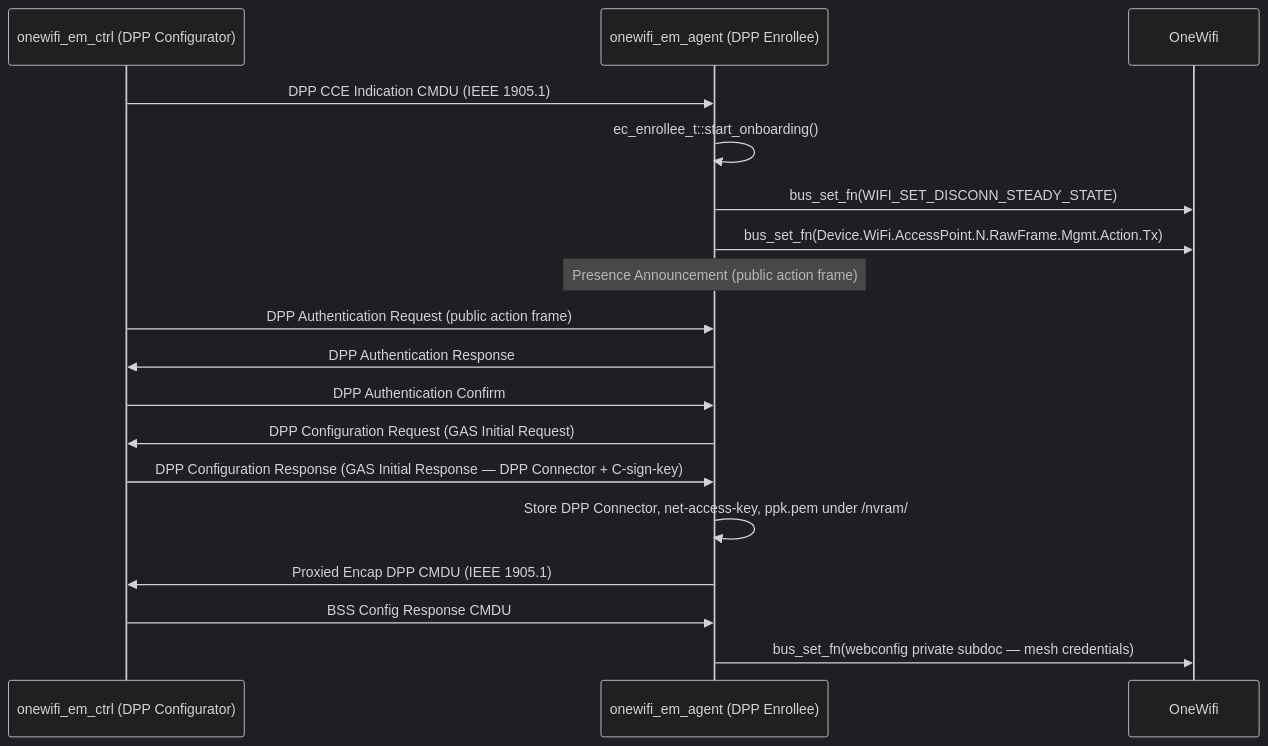
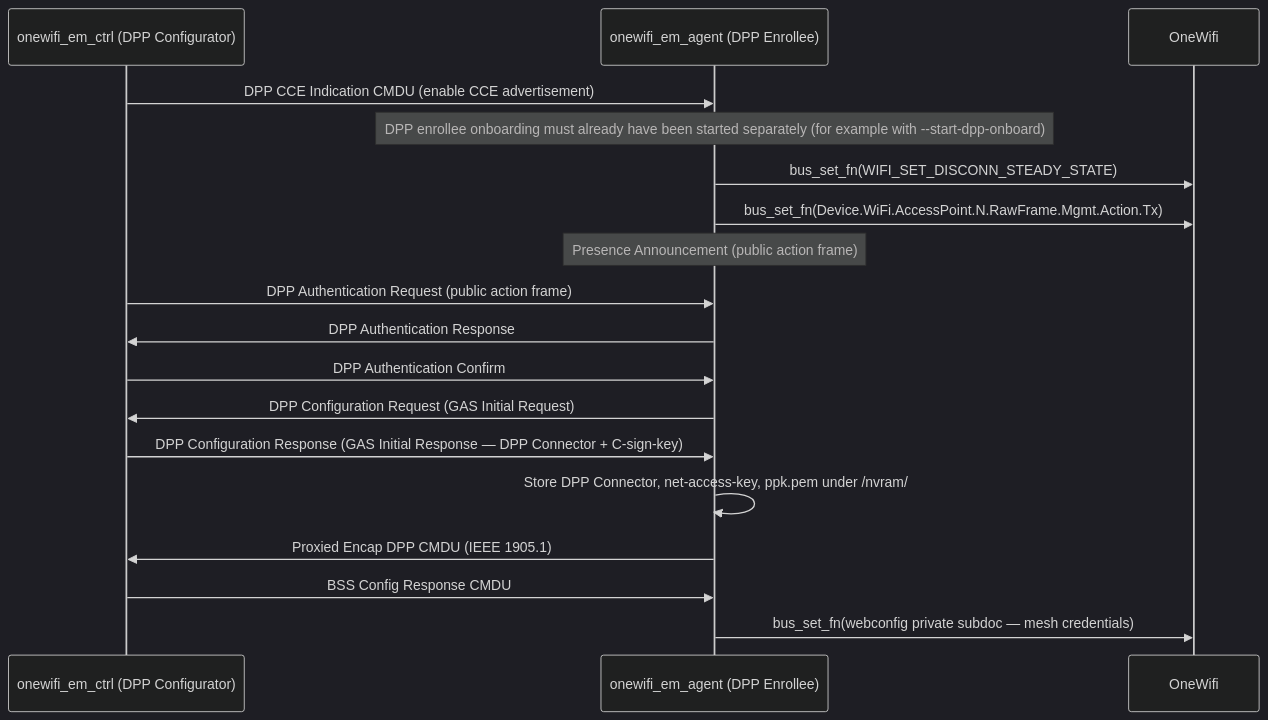
Diagram 15 of 17 in docs/README.md (rdkcentral/unified-wifi-mesh), drawn with Mermaid (dark theme) before and after one commit.

Commit message:
RDKDEV-3409: Addressed Review Comments

````diff
--- a/docs/README.md
+++ b/docs/README.md
@@ -599,21 +599,21 @@
 ```mermaid
 sequenceDiagram
     participant Ctrl as onewifi_em_ctrl (DPP Configurator)
     participant Agent as onewifi_em_agent (DPP Enrollee)
     participant OW as OneWifi
 
-    Ctrl->>Agent: DPP CCE Indication CMDU (IEEE 1905.1)
-    Agent->>Agent: ec_enrollee_t::start_onboarding()
+    Ctrl->>Agent: DPP CCE Indication CMDU (enable CCE advertisement)
+    Note over Agent: DPP enrollee onboarding must already have been started separately (for example with --start-dpp-onboard)
     Agent->>OW: bus_set_fn(WIFI_SET_DISCONN_STEADY_STATE)
     Agent->>OW: bus_set_fn(Device.WiFi.AccessPoint.N.RawFrame.Mgmt.Action.Tx)
     Note over Agent: Presence Announcement (public action frame)
     Ctrl->>Agent: DPP Authentication Request (public action frame)
     Agent->>Ctrl: DPP Authentication Response
     Ctrl->>Agent: DPP Authentication Confirm
     Agent->>Ctrl: DPP Configuration Request (GAS Initial Request)
     Ctrl->>Agent: DPP Configuration Response (GAS Initial Response — DPP Connector + C-sign-key)
     Agent->>Agent: Store DPP Connector, net-access-key, ppk.pem under /nvram/
     Agent->>Ctrl: Proxied Encap DPP CMDU (IEEE 1905.1)
     Ctrl->>Agent: BSS Config Response CMDU
     Agent->>OW: bus_set_fn(webconfig private subdoc — mesh credentials)
 ```
````
